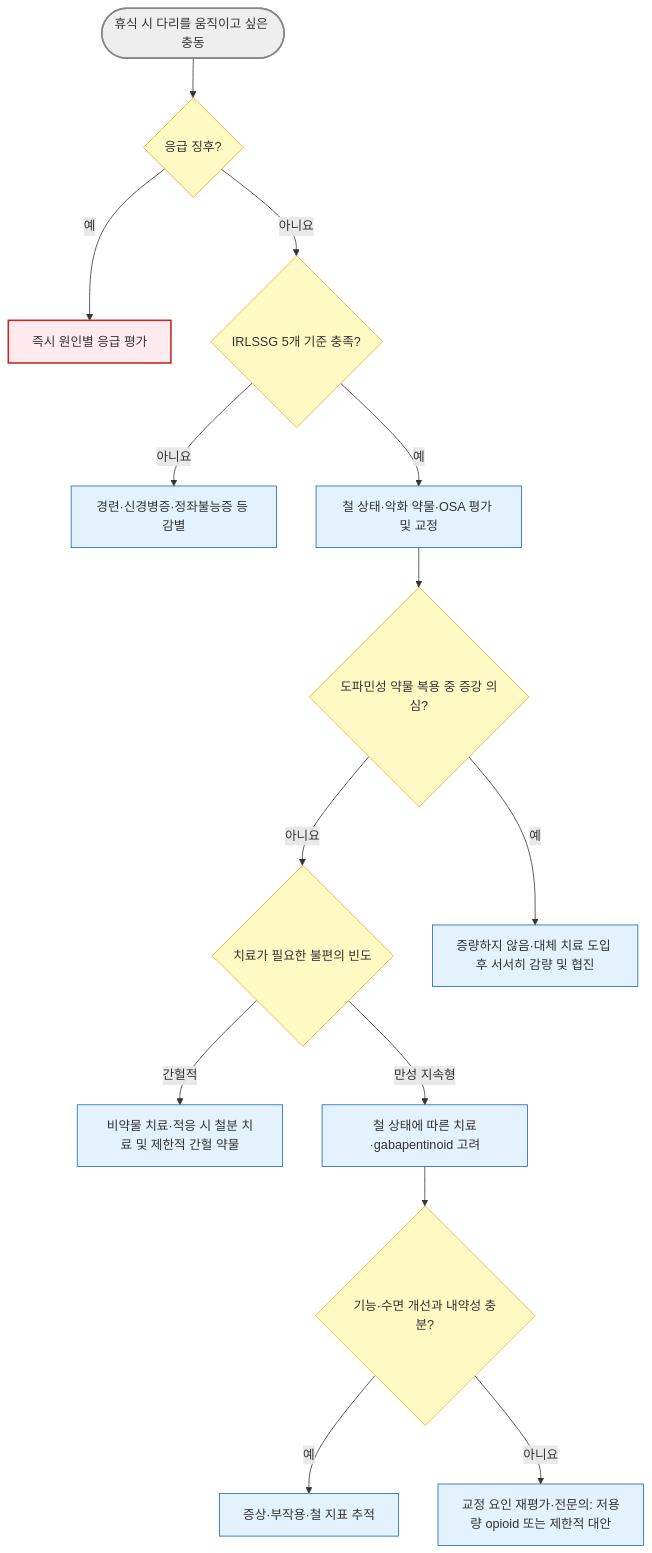
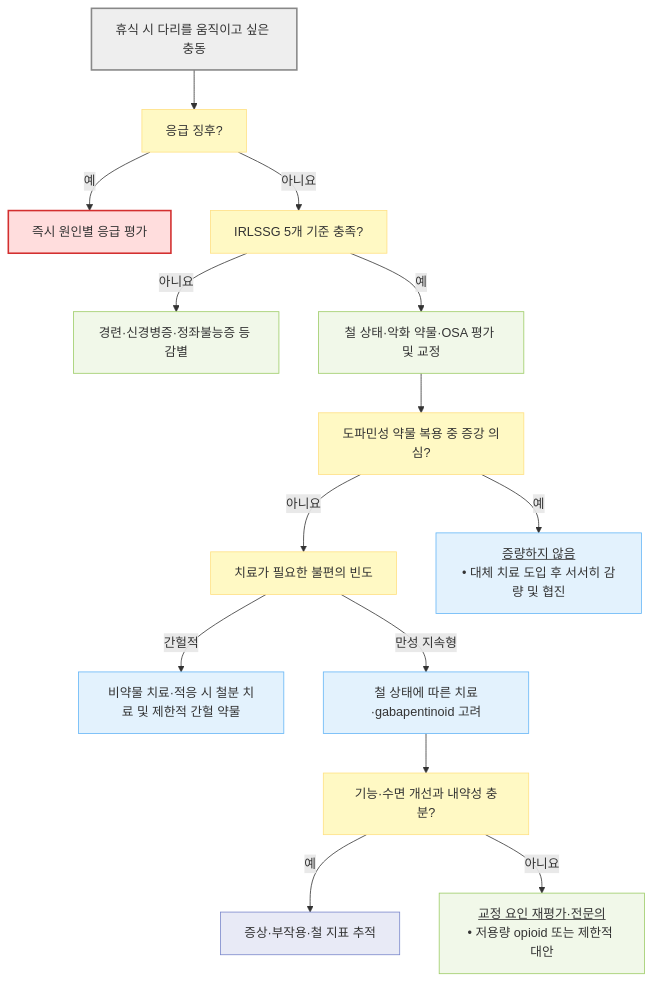
Before and after one commit to familyoh77/familyoh77: the diagram in 221_/036_-restless-legs-syndrome.md, drawn with Mermaid. The commit also changed 17 other files, not shown here.

````diff
--- a/221_/036_-restless-legs-syndrome.md
+++ b/221_/036_-restless-legs-syndrome.md
@@ -140,23 +140,29 @@
 ```mermaid
 flowchart TD
-    A(["휴식 시 다리를 움직이고 싶은 충동"]) --> B{"응급 징후?"}
+    A["휴식 시 다리를 움직이고 싶은 충동"] --> B["응급 징후?"]
     B -- "예" --> C["즉시 원인별 응급 평가"]
-    B -- "아니요" --> D{"IRLSSG 5개 기준 충족?"}
+    B -- "아니요" --> D["IRLSSG 5개 기준 충족?"]
     D -- "아니요" --> E["경련·신경병증·정좌불능증 등 감별"]
     D -- "예" --> F["철 상태·악화 약물·OSA 평가 및 교정"]
-    M -- "아니요" --> G{"치료가 필요한 불편의 빈도"}
+    M -- "아니요" --> G["치료가 필요한 불편의 빈도"]
     G -- "간헐적" --> H["비약물 치료·적응 시 철분 치료 및 제한적 간헐 약물"]
     G -- "만성 지속형" --> I["철 상태에 따른 치료·gabapentinoid 고려"]
-    I --> J{"기능·수면 개선과 내약성 충분?"}
+    I --> J["기능·수면 개선과 내약성 충분?"]
     J -- "예" --> K["증상·부작용·철 지표 추적"]
-    J -- "아니요" --> L["교정 요인 재평가·전문의: 저용량 opioid 또는 제한적 대안"]
-    F --> M{"도파민성 약물 복용 중 증강 의심?"}
-    M -- "예" --> N["증량하지 않음·대체 치료 도입 후 서서히 감량 및 협진"]
-    style A fill:#eee,stroke:#888,stroke-width:2px
-    classDef decision fill:#fff9c4,stroke:#f9a825
-    classDef emergency fill:#ffebee,stroke:#c62828,stroke-width:2px
-    classDef action fill:#e3f2fd,stroke:#1565c0
-    class B,D,G,J,M decision
+    J -- "아니요" --> L["<u>교정 요인 재평가·전문의</u><br/>• 저용량 opioid 또는 제한적 대안"]
+    F --> M["도파민성 약물 복용 중 증강 의심?"]
+    M -- "예" --> N["<u>증량하지 않음</u><br/>• 대체 치료 도입 후 서서히 감량 및 협진"]
+
+    classDef start fill:#eeeeee,stroke:#888888,stroke-width:2px
+    classDef question fill:#fff9c4,stroke:#ffe082
+    classDef emergency fill:#ffdddd,stroke:#d32f2f,stroke-width:2px
+    classDef evaluation fill:#f1f8e9,stroke:#9ccc65
+    classDef treatment fill:#e3f2fd,stroke:#64b5f6
+    classDef followup fill:#e8eaf6,stroke:#7986cb
+    class A start
+    class B,D,G,J,M question
     class C emergency
-    class E,F,H,I,K,L,N action
+    class E,F,L evaluation
+    class H,I,N treatment
+    class K followup
 ```
````
